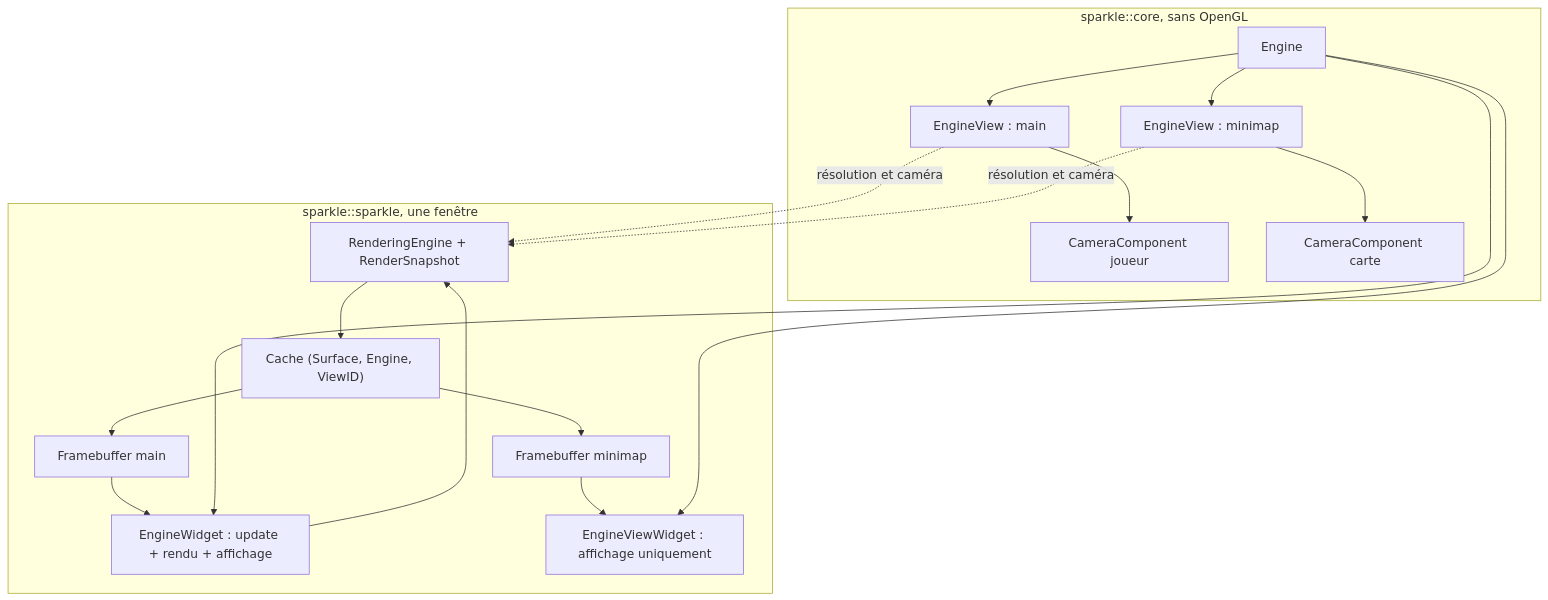
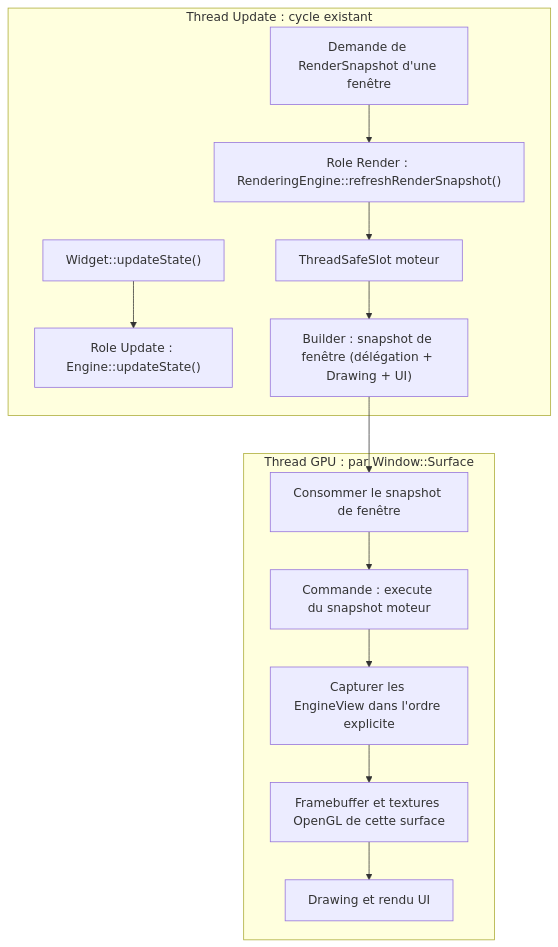
One commit to EreliaStudio/Sparkle changed the seventh of 10 diagrams in docs/voxel-engine-v0.1.4-specification.md. Above: the diagram before and after it, drawn with Mermaid. The commit also changed other lines of this file, not shown here.

Commit message:
docs(v0.1.4): reconcile rendering inheritance, view lifetimes, multiwindow rendering and snapshot sequences

````diff
--- a/docs/voxel-engine-v0.1.4-specification.md
+++ b/docs/voxel-engine-v0.1.4-specification.md
@@ -631,29 +663,22 @@
 ```mermaid
 flowchart TB
-  subgraph Core["sparkle::core, sans OpenGL"]
-    Engine["Engine"]
-    VMain["EngineView : main"]
-    VMap["EngineView : minimap"]
-    CMain["CameraComponent joueur"]
-    CMap["CameraComponent carte"]
-    Engine --> VMain --> CMain
-    Engine --> VMap --> CMap
+  subgraph U["Thread Update : cycle existant"]
+    Widgets["Widget::updateState()"]
+    Logic["Role Update : Engine::updateState()"]
+    Requested["Demande de RenderSnapshot d'une fenêtre"]
+    Refresh["Role Render : RenderingEngine::refreshRenderSnapshot()"]
+    Slot["ThreadSafeSlot moteur"]
+    WindowSnap["Builder : snapshot de fenêtre (délégation + Drawing + UI)"]
+    Widgets --> Logic
+    Requested --> Refresh --> Slot --> WindowSnap
   end
-  subgraph Graphics["sparkle::sparkle, une fenêtre"]
-    Producer["EngineWidget : update + rendu + affichage"]
-    Pipeline["RenderingEngine + RenderSnapshot"]
-    Cache["Cache (Surface, Engine, ViewID)"]
-    FBMain["Framebuffer main"]
-    FBMap["Framebuffer minimap"]
-    Viewer["EngineViewWidget : affichage uniquement"]
-    Producer --> Pipeline --> Cache
-    Cache --> FBMain
-    Cache --> FBMap
-    FBMain --> Producer
-    FBMap --> Viewer
+  subgraph G["Thread GPU : par Window::Surface"]
+    Consume["Consommer le snapshot de fenêtre"]
+    EngineExec["Commande : execute du snapshot moteur"]
+    ViewPass["Capturer les EngineView dans l'ordre explicite"]
+    Textures["Framebuffer et textures OpenGL de cette surface"]
+    UI["Drawing et rendu UI"]
+    Consume --> EngineExec --> ViewPass --> Textures --> UI
   end
-  Engine --> Producer
-  Engine --> Viewer
-  VMain -. "résolution et caméra" .-> Pipeline
-  VMap -. "résolution et caméra" .-> Pipeline
+  WindowSnap --> Consume
 ```
````
